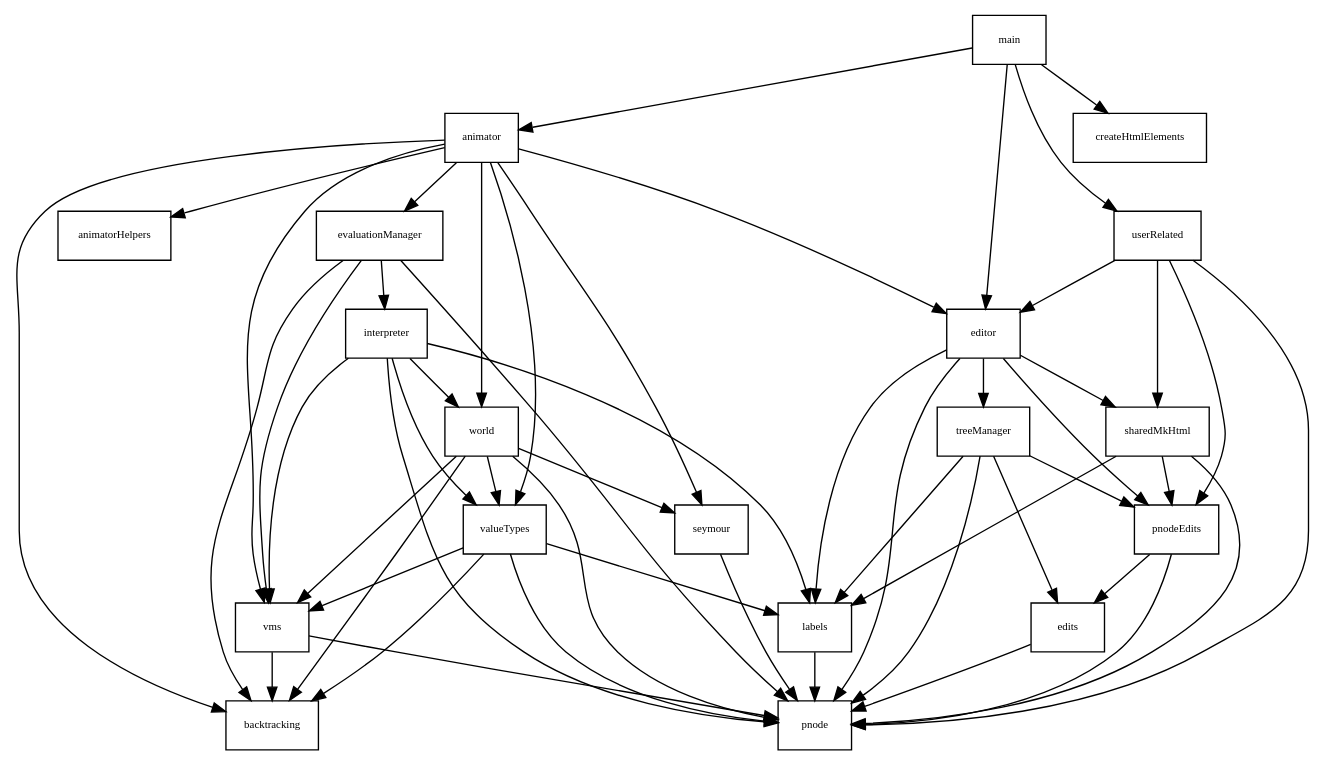
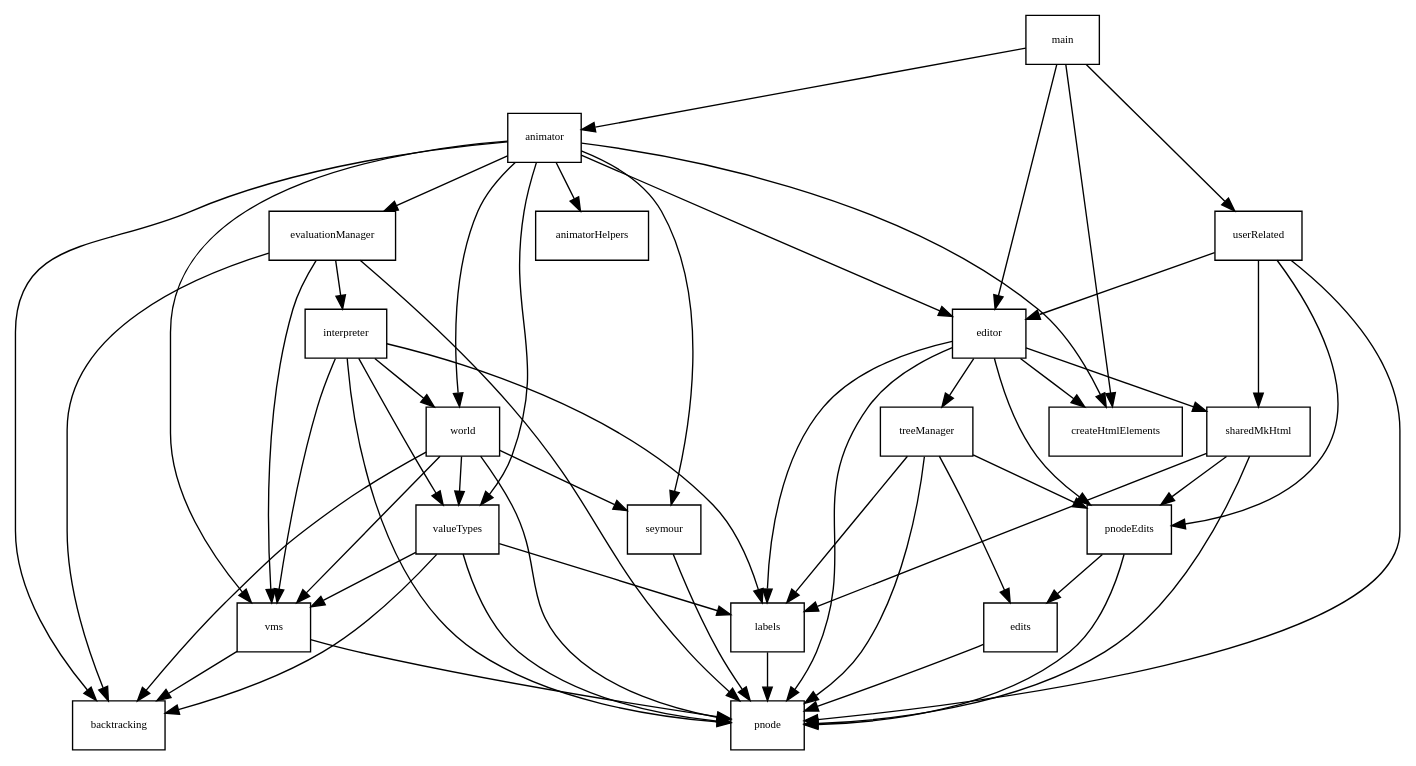
The diagram in typescriptSrc/dependence.gv (theodore-norvell/PLAAY), drawn with Graphviz before and after one commit. The commit also changed 13 other files, not shown here.

```diff
--- a/typescriptSrc/dependence.gv
+++ b/typescriptSrc/dependence.gv
@@ -1,74 +1,76 @@
 digraph Depends {
 
    gsize="8,6"; ratio=fill;
    node[fontsize=8, shape=rectangle];
 
 
    animator -> animatorHelpers ;
    animator -> backtracking ;
+   animator -> createHtmlElements ;
    animator -> editor ;
    animator -> evaluationManager ;
    animator -> seymour ;
    animator -> valueTypes ;
    animator -> vms ;
    animator -> world ;
 
+   editor -> createHtmlElements ;
    editor -> labels ;
    editor -> pnode ;
    editor -> pnodeEdits ;
    editor -> sharedMkHtml ;
    editor -> treeManager ;
 
    edits -> pnode ;
 
    evaluationManager -> backtracking ;
    evaluationManager -> interpreter ;
    evaluationManager -> pnode ;
    evaluationManager -> vms ;
 
    interpreter -> labels ;
    interpreter -> pnode ;
    interpreter -> valueTypes ;
    interpreter -> vms ;
    interpreter -> world ;
 
    labels -> pnode ;
 
    main -> createHtmlElements ;
    main -> animator ;
    main -> editor ;
    main -> userRelated ;
 
    pnodeEdits -> edits ;
    pnodeEdits -> pnode ;
 
    seymour -> pnode ;
 
    sharedMkHtml -> labels ;
    sharedMkHtml -> pnode ;
    sharedMkHtml -> pnodeEdits ;
 
    treeManager -> edits ;
    treeManager -> labels ;
    treeManager -> pnode ;
    treeManager -> pnodeEdits ;
 
    userRelated -> editor ;
    userRelated -> pnodeEdits ;
    userRelated -> pnode ;
    userRelated -> sharedMkHtml ;
    
    valueTypes -> backtracking ;
    valueTypes -> labels ;
    valueTypes -> pnode ;
    valueTypes -> vms ;
 
    vms -> backtracking
    vms -> pnode ;
 
    world -> backtracking ;
    world -> pnode ;
    world -> seymour ;
    world -> valueTypes ;
    world -> vms ;
 }
```
